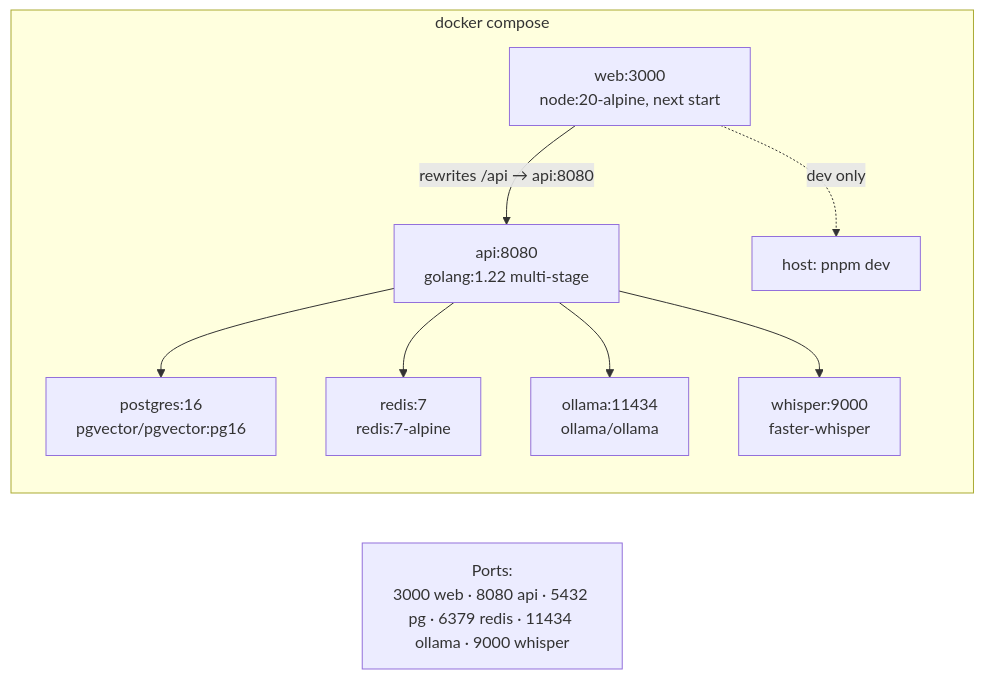
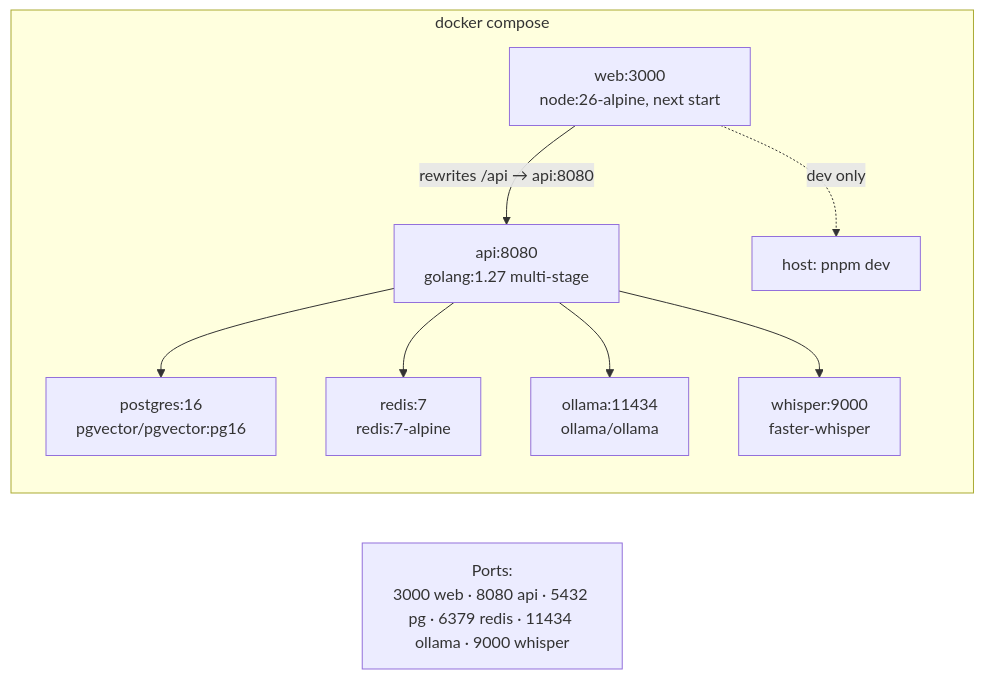
Before and after one commit to cattyman919/athenaeum: the fourth of 4 diagrams in docs/01-architecture.md, drawn with Mermaid. The commit also changed other lines of this file and 4 other files, not shown here.

````diff
--- a/docs/01-architecture.md
+++ b/docs/01-architecture.md
@@ -157,13 +157,13 @@
 ```mermaid
 flowchart LR
     P["Ports:<br/>3000 web · 8080 api · 5432 pg · 6379 redis · 11434 ollama · 9000 whisper"]
 
     subgraph DC["docker compose"]
-        W["web:3000<br/>node:20-alpine, next start"] -- "rewrites /api → api:8080" --> A["api:8080<br/>golang:1.22 multi-stage"]
+        W["web:3000<br/>node:26-alpine, next start"] -- "rewrites /api → api:8080" --> A["api:8080<br/>golang:1.27 multi-stage"]
         A --> PG["postgres:16<br/>pgvector/pgvector:pg16"]
         A --> RD["redis:7<br/>redis:7-alpine"]
         A --> OL["ollama:11434<br/>ollama/ollama"]
         A --> WH["whisper:9000<br/>faster-whisper"]
         W -. "dev only" .-> NODE["host: pnpm dev"]
     end
 ```
````
